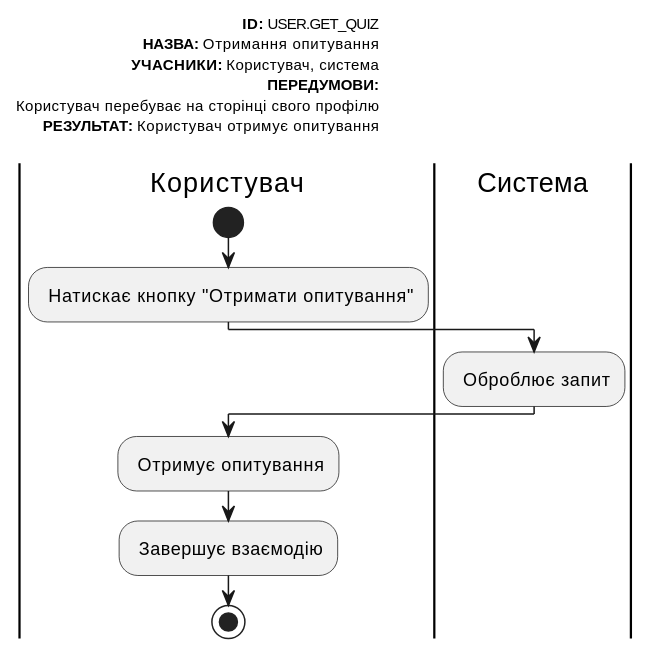
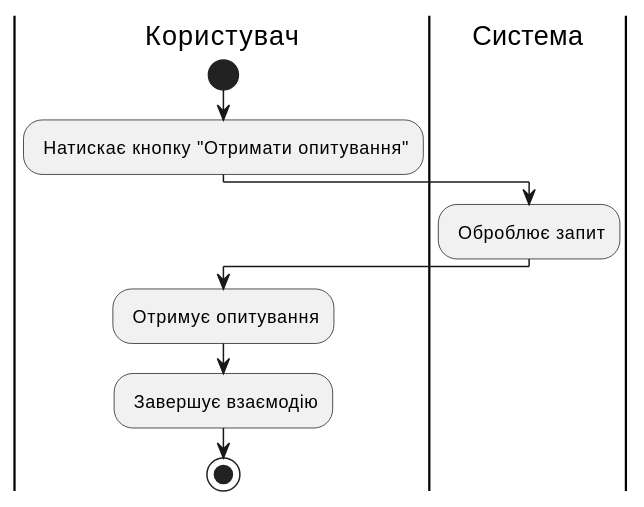
Diagram 13 of 22 in docs/use cases/README.md (michigang1/ImForms), drawn with PlantUML before and after one commit. The commit also changed other lines of this file, not shown here.

```diff
--- a/docs/use cases/README.md
+++ b/docs/use cases/README.md
@@ -428,23 +450,14 @@
 @startuml
-left header
-<font color=000 size=10><b>ID:</b> USER.GET_QUIZ  
-<font color=000 size=10><b>НАЗВА:</b> Отримання опитування
-<font color=000 size=10><b>УЧАСНИКИ:</b> Користувач, система  
-<font color=000 size=10><b>ПЕРЕДУМОВИ:</b>
-<font color=000 size=10> Користувач перебуває на сторінці свого профілю
-<font color=000 size=10><b>РЕЗУЛЬТАТ:</b> Користувач отримує опитування
-
-end header
 
 |Користувач|
 start
 : Натискає кнопку "Отримати опитування";
 
 |Система|
 : Оброблює запит;
 
 |Користувач|
 : Отримує опитування;
 : Завершує взаємодію;
 stop;
 @enduml
```
